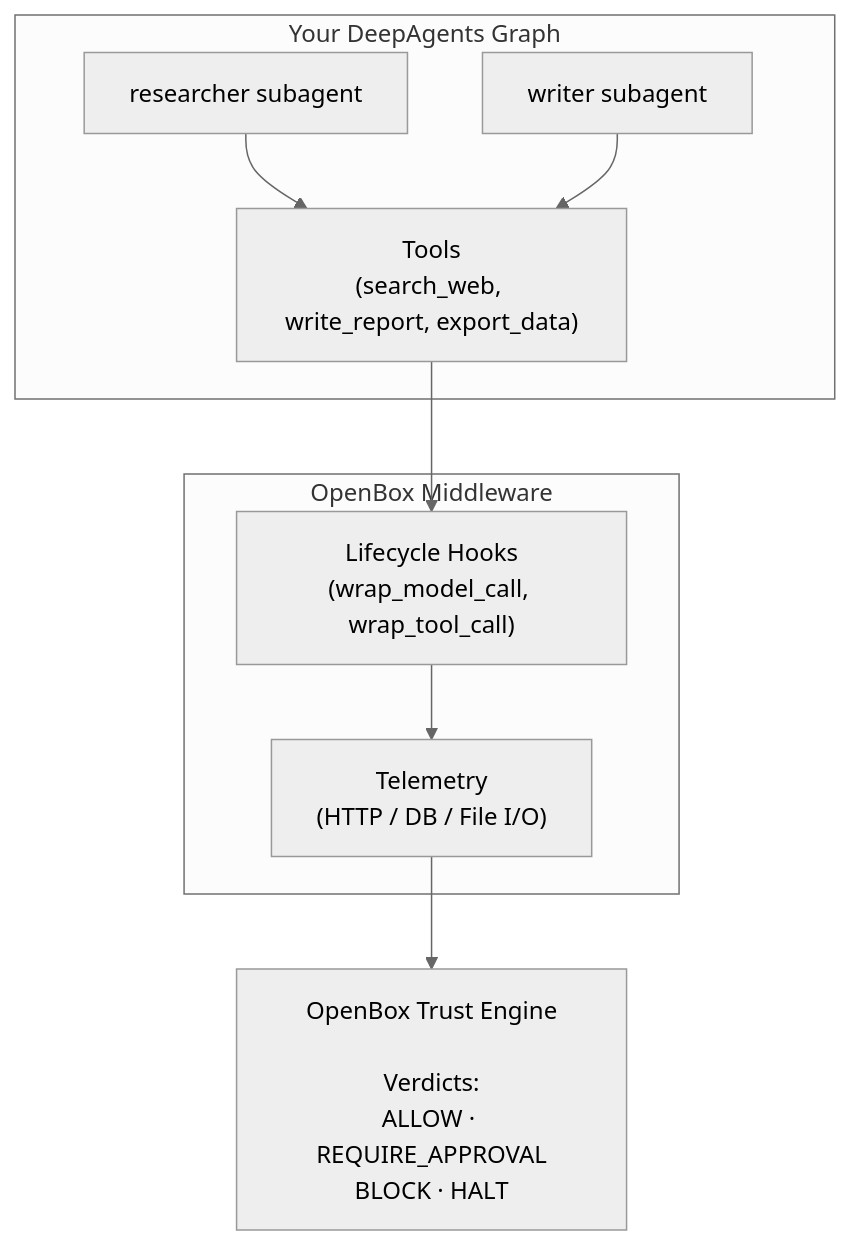
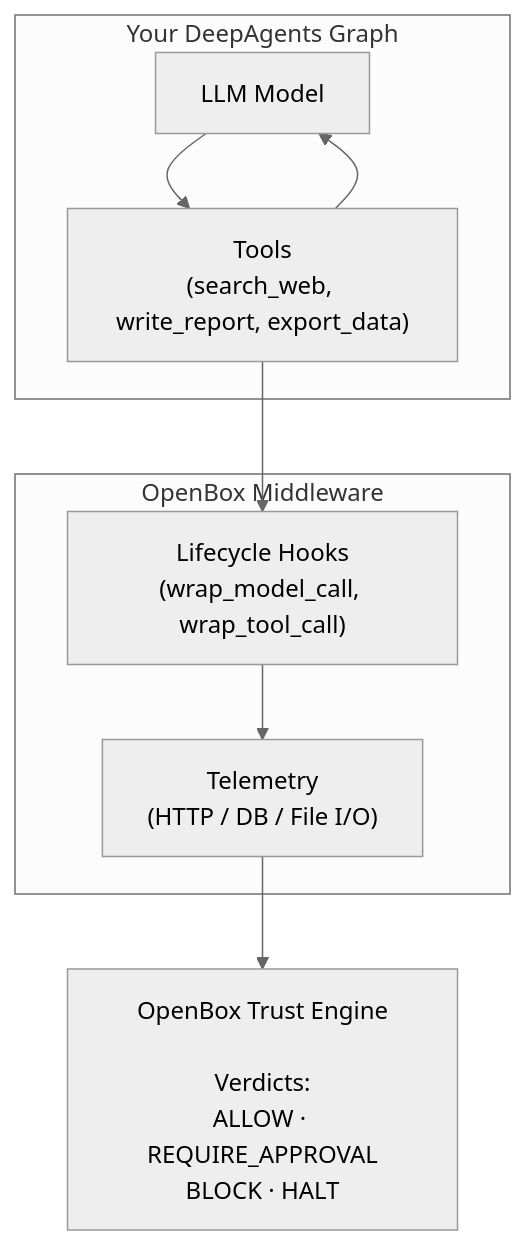
The diagram in website/docs/developer-guide/deep-agents/index.md (OpenBox-AI/openbox-document), drawn with Mermaid (neutral theme) before and after one commit. The commit also changed other lines of this file and 4 other files, not shown here.

````diff
--- a/website/docs/developer-guide/deep-agents/index.md
+++ b/website/docs/developer-guide/deep-agents/index.md
@@ -106,21 +108,20 @@
 ```mermaid
 flowchart TD
     subgraph agent["Your DeepAgents Graph"]
-        subagent_r["researcher subagent"]
-        subagent_w["writer subagent"]
-        tools["Tools\n(search_web, write_report, export_data)"]
-        subagent_r --> tools
-        subagent_w --> tools
+        model["LLM Model"]
+        tools["Tools<br/>(search_web, write_report, export_data)"]
+        model --> tools
+        tools --> model
     end
 
     subgraph middleware["OpenBox Middleware"]
-        hooks["Lifecycle Hooks\n(wrap_model_call, wrap_tool_call)"]
-        telemetry["Telemetry\n(HTTP / DB / File I/O)"]
+        hooks["Lifecycle Hooks<br/>(wrap_model_call, wrap_tool_call)"]
+        telemetry["Telemetry<br/>(HTTP / DB / File I/O)"]
     end
 
     tools --> hooks
     hooks --> telemetry
     telemetry --> engine
 
-    engine["OpenBox Trust Engine\n\nVerdicts:\nALLOW · REQUIRE_APPROVAL\nBLOCK · HALT"]
+    engine["OpenBox Trust Engine<br/><br/>Verdicts:<br/>ALLOW · REQUIRE_APPROVAL<br/>BLOCK · HALT"]
 ```
````
